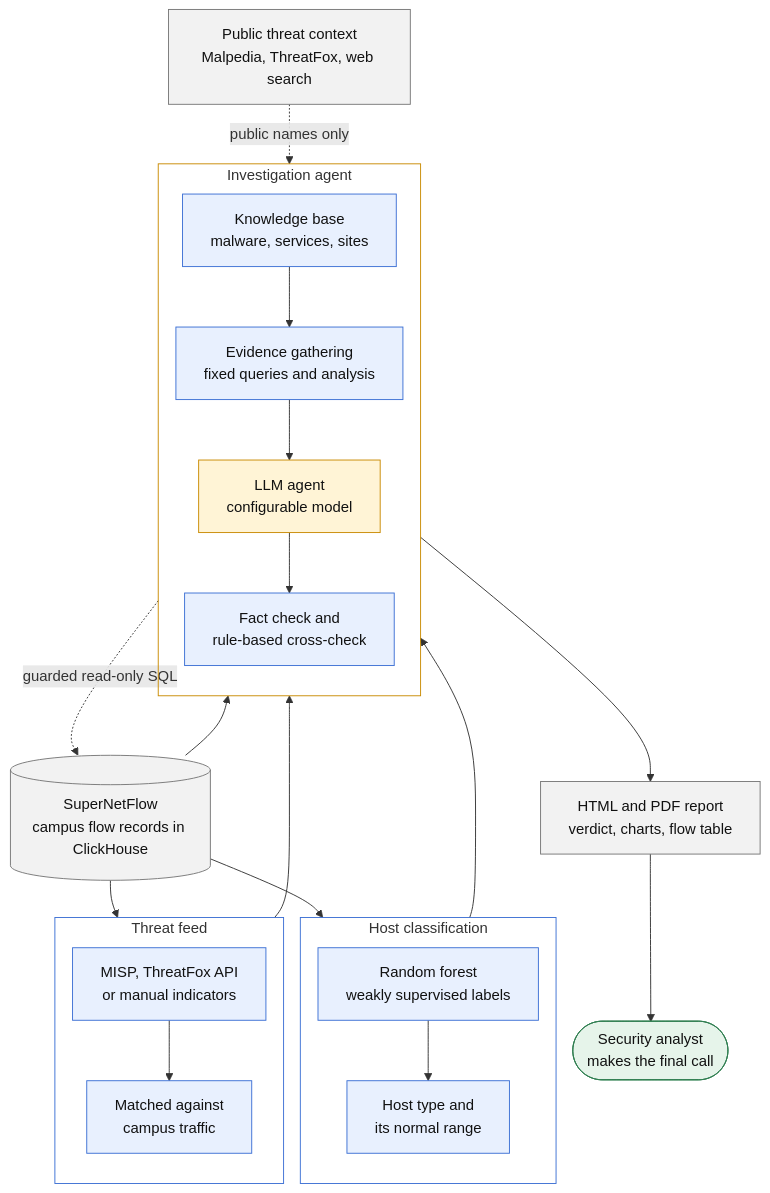
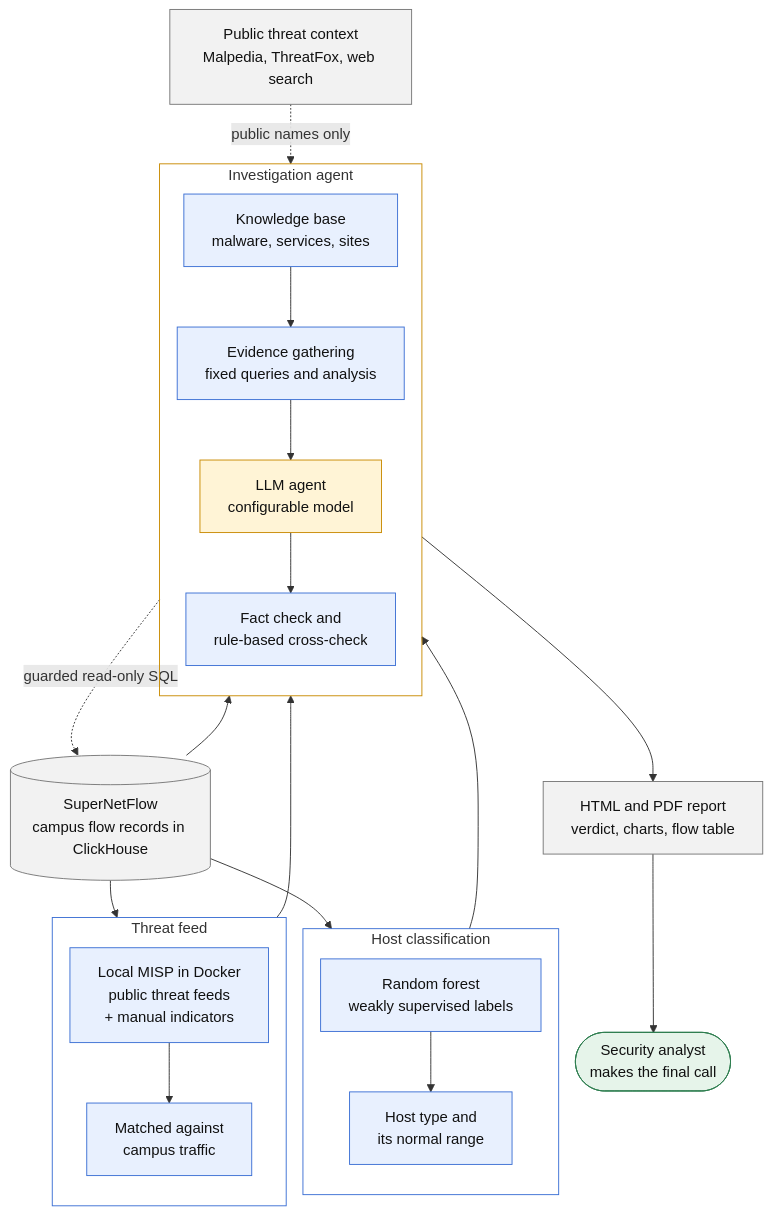
Before and after one commit to Benji-code/automated-ioc-investigator: the second of 2 diagrams in README.md, drawn with Mermaid. The commit also changed other lines of this file and 1 other file, not shown here.

````diff
--- a/README.md
+++ b/README.md
@@ -127,46 +130,46 @@
 ```mermaid
 %%{init: {"flowchart": {"nodeSpacing": 18, "rankSpacing": 40}}}%%
 flowchart TB
     db[("SuperNetFlow<br/>campus flow records in ClickHouse")]
 
     subgraph hc["Host classification"]
         direction TB
         rf["Random forest<br/>weakly supervised labels"] --> prof["Host type and<br/>its normal range"]
     end
 
     subgraph feed["Threat feed"]
         direction TB
-        tf["MISP, ThreatFox API<br/>or manual indicators"] --> match["Matched against<br/>campus traffic"]
+        tf["Local MISP in Docker<br/>public threat feeds<br/>+ manual indicators"] --> match["Matched against<br/>campus traffic"]
     end
 
     pub["Public threat context<br/>Malpedia, ThreatFox, web search"]
 
     subgraph core["Investigation agent"]
         direction TB
         kb["Knowledge base<br/>malware, services, sites"] --> ev["Evidence gathering<br/>fixed queries and analysis"]
         ev --> llm["LLM agent<br/>configurable model"]
         llm --> fc["Fact check and<br/>rule-based cross-check"]
     end
 
     db --> hc
     db --> feed
     db --> ev
     llm -. "guarded read-only SQL" .-> db
     prof --> ev
     match --> ev
     pub -. "public names only" .-> ev
     fc --> rep["HTML and PDF report<br/>verdict, charts, flow table"]
     rep --> analyst(["Security analyst<br/>makes the final call"])
 
     classDef code fill:#e8f0fe,stroke:#3b6fd4,color:#111
     classDef model fill:#fff4d6,stroke:#c98a00,color:#111
     classDef data fill:#f2f2f2,stroke:#777,color:#111
     classDef good fill:#e6f4ea,stroke:#2e7d4f,color:#111
     class rf,prof,kb,ev,fc,tf,match code
     class llm model
     class db,rep,pub data
     class analyst good
     style hc fill:none,stroke:#3b6fd4
     style feed fill:none,stroke:#3b6fd4
     style core fill:none,stroke:#c98a00
 ```
````
